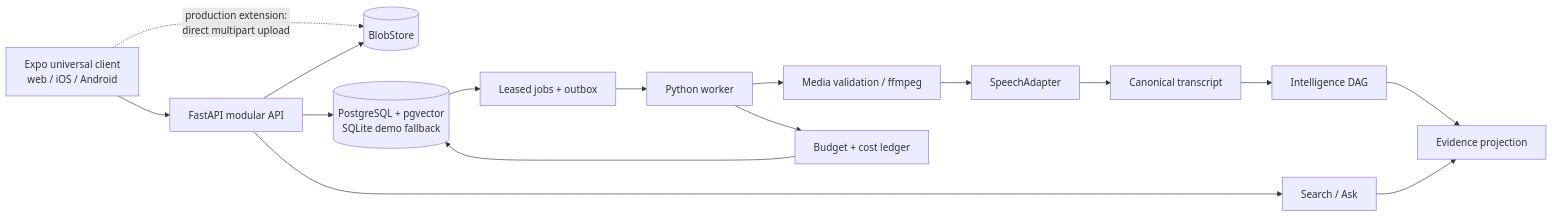
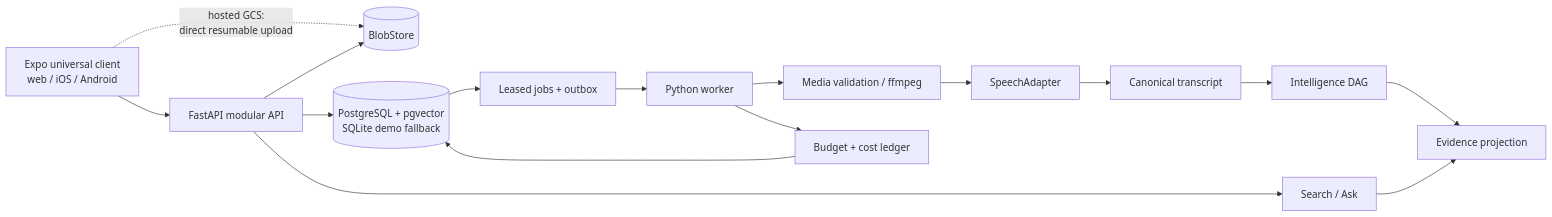
Before and after one commit to samyakmk/intelligent-audio-analysis: the diagram in docs/ARCHITECTURE.md, drawn with Mermaid. The commit also changed other lines of this file and 17 other files, not shown here.

````diff
--- a/docs/ARCHITECTURE.md
+++ b/docs/ARCHITECTURE.md
@@ -21,18 +21,18 @@
 ```mermaid
 flowchart LR
   Client["Expo universal client<br/>web / iOS / Android"] --> API["FastAPI modular API"]
-  Client -. "production extension:<br/>direct multipart upload" .-> Blob[("BlobStore")]
+  Client -. "hosted GCS:<br/>direct resumable upload" .-> Blob[("BlobStore")]
   API --> DB[("PostgreSQL + pgvector<br/>SQLite demo fallback")]
   API --> Blob
   DB --> Queue["Leased jobs + outbox"]
   Queue --> Worker["Python worker"]
   Worker --> Media["Media validation / ffmpeg"]
   Media --> Speech["SpeechAdapter"]
   Speech --> Transcript["Canonical transcript"]
   Transcript --> Intelligence["Intelligence DAG"]
   Intelligence --> Index["Evidence projection"]
   API --> Retrieval["Search / Ask"]
   Retrieval --> Index
   Worker --> Cost["Budget + cost ledger"]
   Cost --> DB
 ```
````
